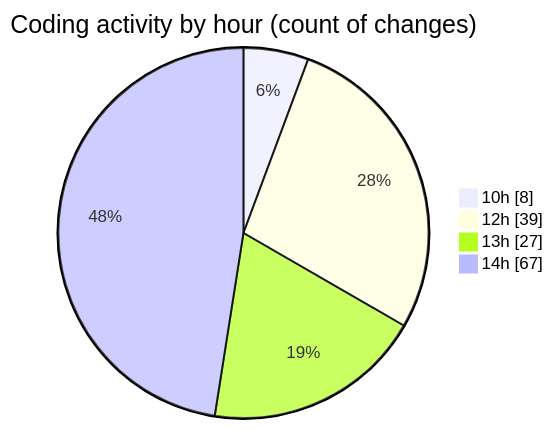
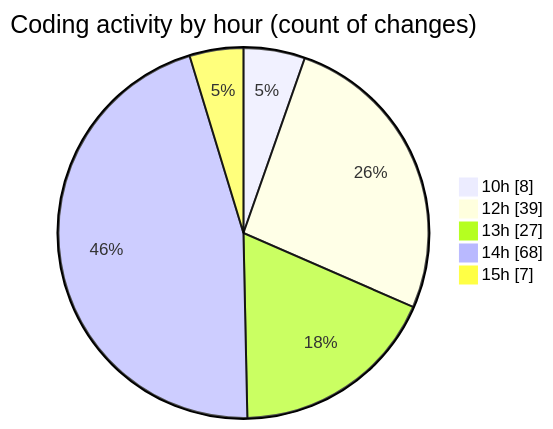
One commit to momahboobian/code-tracking changed the second of 2 diagrams in 2025-05-02/cda/README.md. Above: the diagram before and after it, drawn with Mermaid. The commit also changed other lines of this file and 1 other file, not shown here.

````diff
--- a/2025-05-02/cda/README.md
+++ b/2025-05-02/cda/README.md
@@ -44,8 +45,9 @@
 ```mermaid
 pie showData
 title Coding activity by hour (count of changes)
 "10h" : 8
 "12h" : 39
 "13h" : 27
-"14h" : 67
+"14h" : 68
+"15h" : 7
 ```
````
